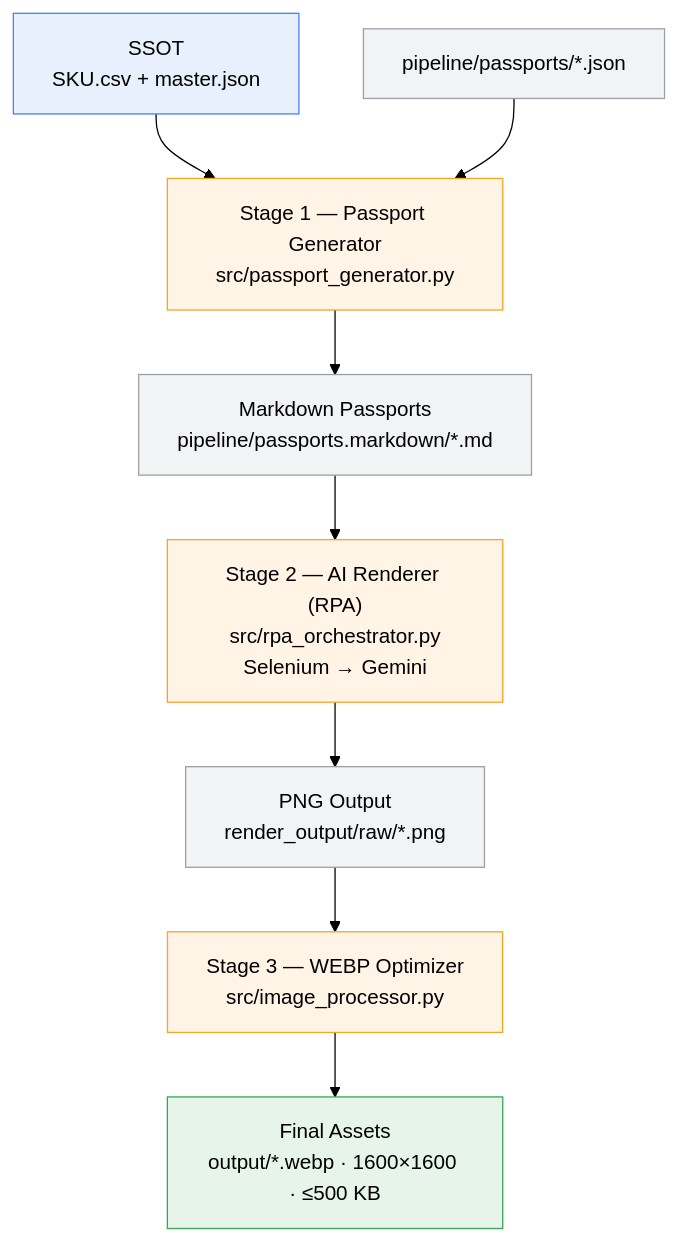
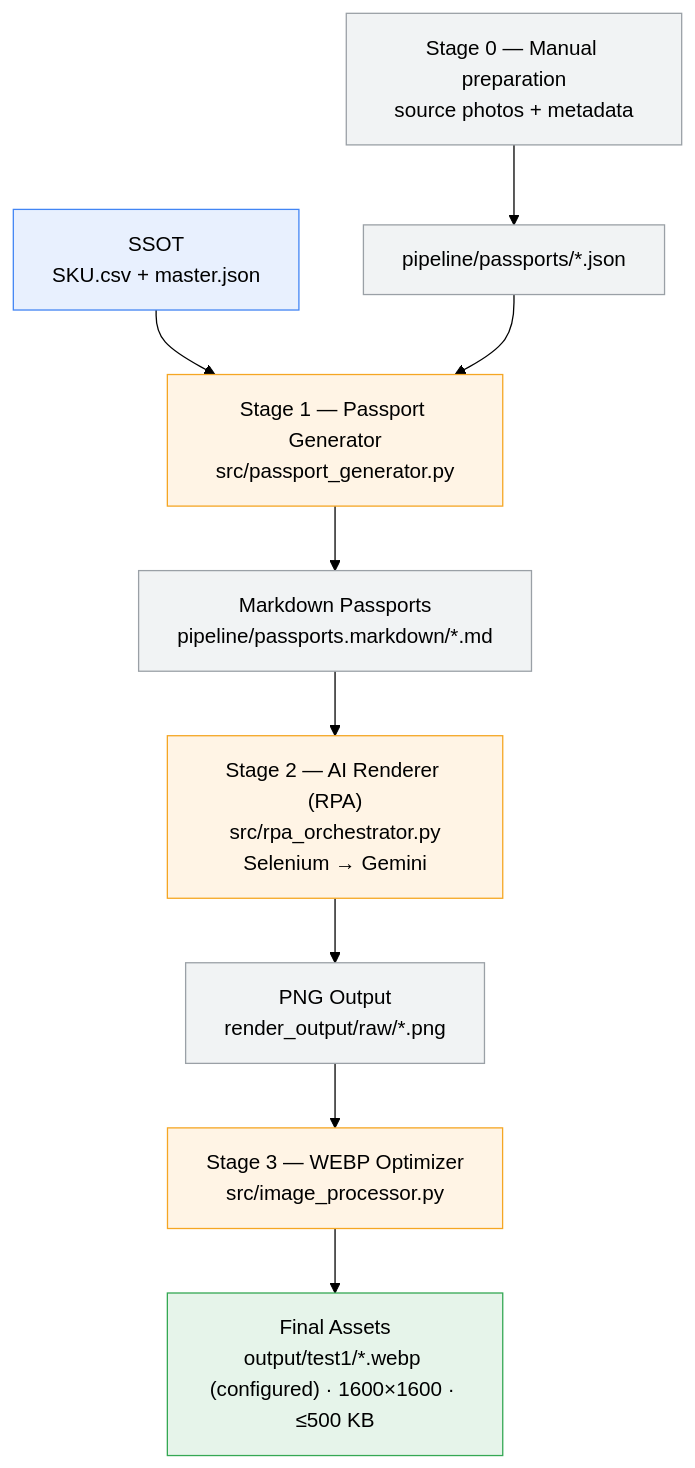
Before and after one commit to indexdeny/pharma_v2: the diagram in docs/diagrams/pipeline.mmd, drawn with Mermaid (forest theme). The commit also changed 34 other files, not shown here.

```diff
--- a/docs/diagrams/pipeline.mmd
+++ b/docs/diagrams/pipeline.mmd
@@ -1,19 +1,20 @@
 %% PharmaGen PRO — Pipeline (data flow)
 %% Render: mermaid-cli  ->  mmdc -i pipeline.mmd -o ../images/pipeline.svg
 flowchart TD
     SSOT["SSOT<br/>SKU.csv + master.json"]:::ssot
 
     SSOT --> S1["Stage 1 — Passport Generator<br/>src/passport_generator.py"]:::stage
+    PREP["Stage 0 — Manual preparation<br/>source photos + metadata"]:::data --> JSON
     JSON["pipeline/passports/*.json"]:::data --> S1
     S1 --> MD["Markdown Passports<br/>pipeline/passports.markdown/*.md"]:::data
 
     MD --> S2["Stage 2 — AI Renderer (RPA)<br/>src/rpa_orchestrator.py<br/>Selenium → Gemini"]:::stage
     S2 --> PNG["PNG Output<br/>render_output/raw/*.png"]:::data
 
     PNG --> S3["Stage 3 — WEBP Optimizer<br/>src/image_processor.py"]:::stage
-    S3 --> WEBP["Final Assets<br/>output/*.webp · 1600×1600 · ≤500 KB"]:::final
+    S3 --> WEBP["Final Assets<br/>output/test1/*.webp (configured) · 1600×1600 · ≤500 KB"]:::final
 
     classDef ssot fill:#e8f0fe,stroke:#4285f4,color:#000;
     classDef stage fill:#fff4e5,stroke:#f5a623,color:#000;
     classDef data fill:#f1f3f4,stroke:#9aa0a6,color:#000;
     classDef final fill:#e6f4ea,stroke:#34a853,color:#000;
```
